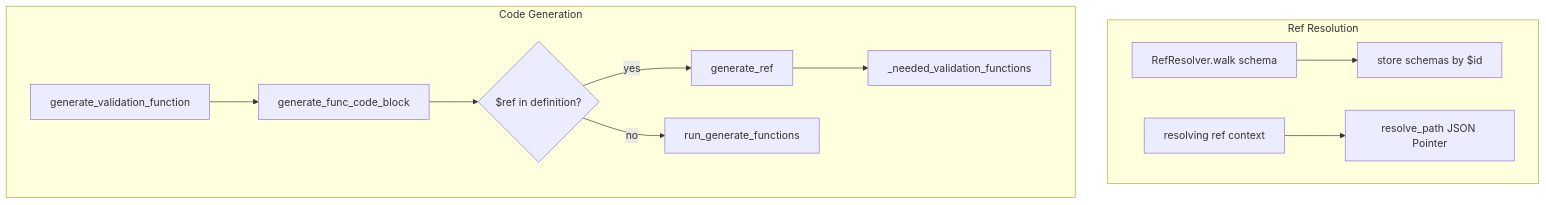
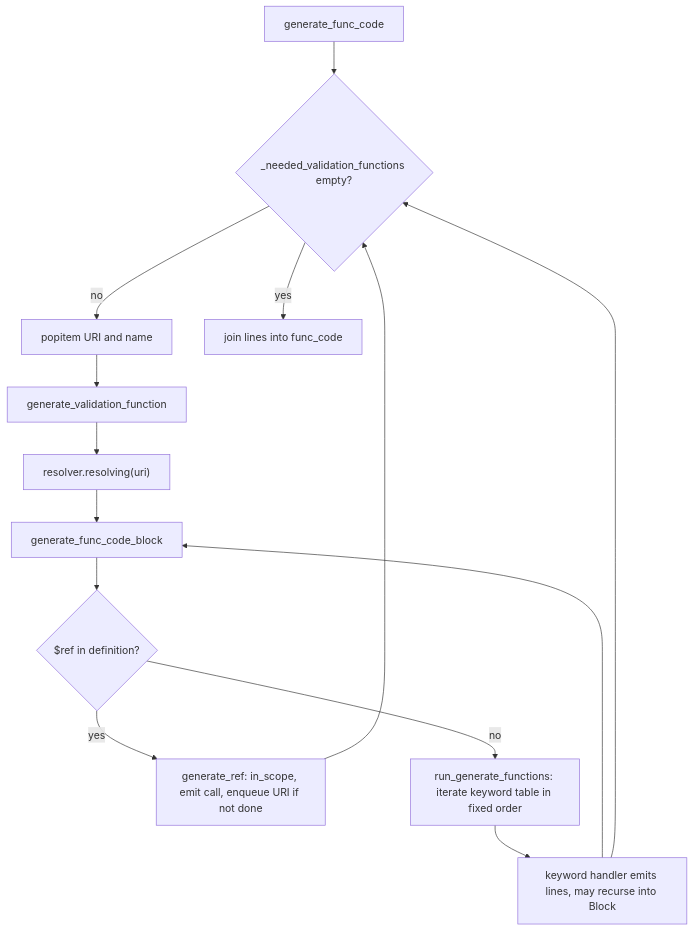
Before and after one commit to goddtriffin/json-schema-rs: the second of 2 diagrams in research/reports/python/horejsek-python-fastjsonschema.md, drawn with Mermaid. The commit also changed other lines of this file and 51 other files, not shown here.

````diff
--- a/research/reports/python/horejsek-python-fastjsonschema.md
+++ b/research/reports/python/horejsek-python-fastjsonschema.md
@@ -113,22 +110,16 @@
 ```mermaid
 flowchart TB
-  subgraph refResolution [Ref Resolution]
-    Walk[RefResolver.walk schema]
-    Store[store schemas by $id]
-    Resolving[resolving ref context]
-    ResolvePath[resolve_path JSON Pointer]
-    Walk --> Store
-    Resolving --> ResolvePath
-  end
-  subgraph codeGen [Code Generation]
-    GenFunc[generate_validation_function]
-    GenBlock[generate_func_code_block]
-    RefCheck{"$ref in definition?"}
-    RunKeywords[run_generate_functions]
-    RefCheck -->|yes| GenerateRef[generate_ref]
-    RefCheck -->|no| RunKeywords
-    GenerateRef --> AddNeeded[_needed_validation_functions]
-    GenFunc --> GenBlock
-    GenBlock --> RefCheck
-  end
+  Main[generate_func_code] --> Pop{"_needed_validation_functions empty?"}
+  Pop -->|no| PopItem[popitem URI and name]
+  PopItem --> GenFn[generate_validation_function]
+  GenFn --> Resolving["resolver.resolving(uri)"]
+  Resolving --> Block[generate_func_code_block]
+  Block --> IsRef{"$ref in definition?"}
+  IsRef -->|yes| GenRef[generate_ref: in_scope, emit call, enqueue URI if not done]
+  IsRef -->|no| Run[run_generate_functions: iterate keyword table in fixed order]
+  Run --> Handler[keyword handler emits lines, may recurse into Block]
+  Handler --> Block
+  GenRef --> Pop
+  Handler --> Pop
+  Pop -->|yes| Done[join lines into func_code]
 ```
````
